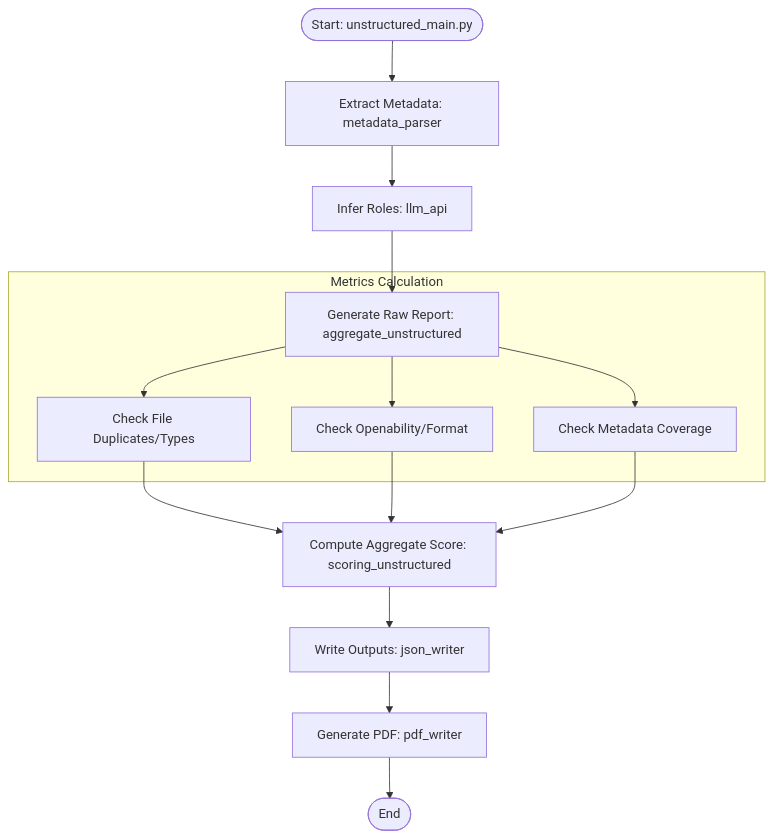
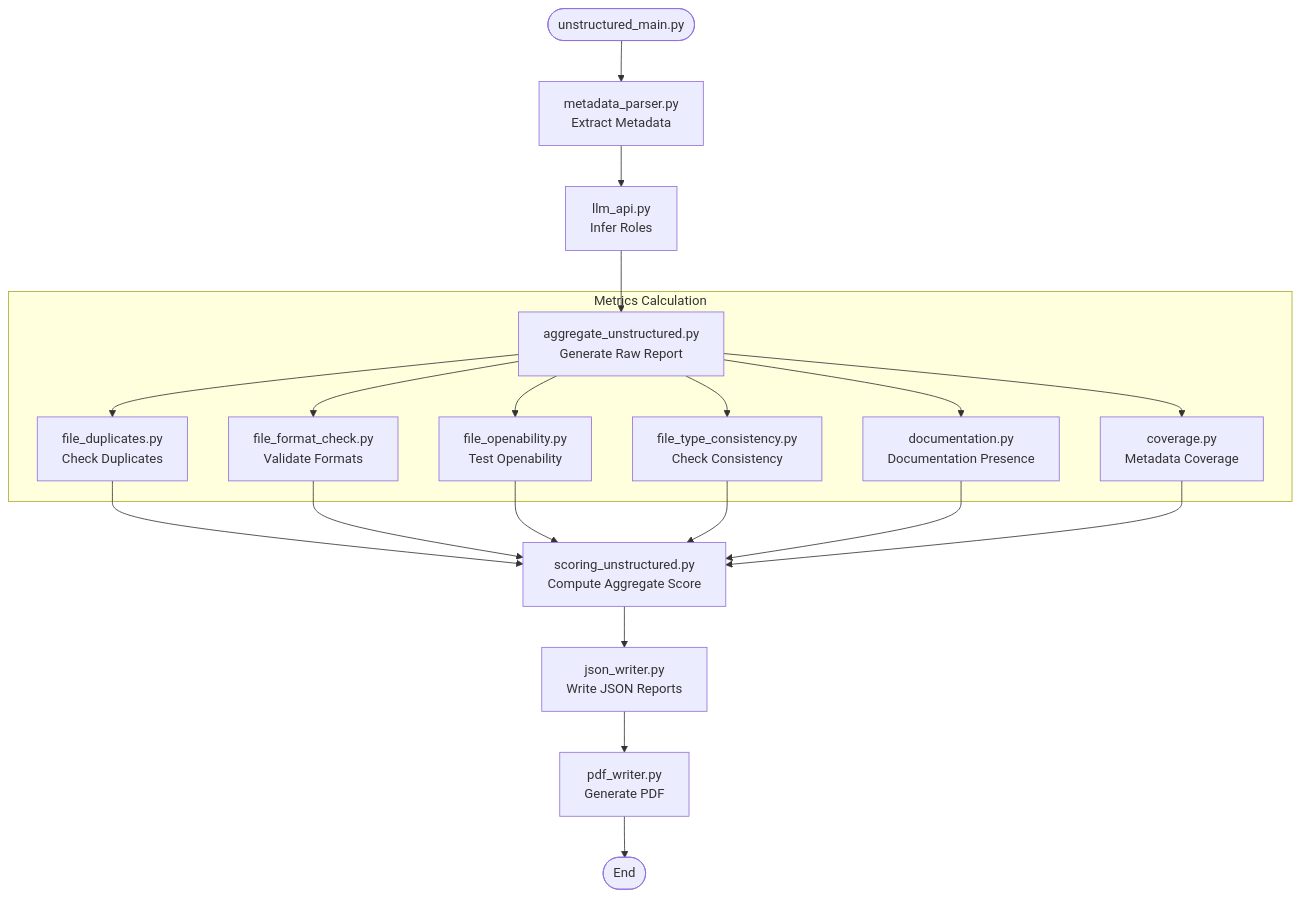
One commit to datakaveri/files-connect-api changed the fourth of 4 diagrams in workers/report-worker/data_flow.md. Above: the diagram before and after it, drawn with Mermaid. The commit also changed other lines of this file and 5 other files, not shown here.

Commit message:
Updated documentation for report worker service

````diff
--- a/workers/report-worker/data_flow.md
+++ b/workers/report-worker/data_flow.md
@@ -65,20 +103,26 @@
 ```mermaid
 graph TD
-    Start([Start: unstructured_main.py]) --> Meta[Extract Metadata: metadata_parser]
-    Meta --> Infer[Infer Roles: llm_api]
-    Infer --> Raw[Generate Raw Report: aggregate_unstructured]
+    Start([unstructured_main.py]) --> Meta[metadata_parser.py<br/>Extract Metadata]
+    Meta --> Infer[llm_api.py<br/>Infer Roles]
+    Infer --> Raw[aggregate_unstructured.py<br/>Generate Raw Report]
 
     subgraph Metrics Calculation
-        Raw --> M1[Check File Duplicates/Types]
-        Raw --> M2[Check Openability/Format]
-        Raw --> M3[Check Metadata Coverage]
+        Raw --> M1[file_duplicates.py<br/>Check Duplicates]
+        Raw --> M2[file_format_check.py<br/>Validate Formats]
+        Raw --> M3[file_openability.py<br/>Test Openability]
+        Raw --> M4[file_type_consistency.py<br/>Check Consistency]
+        Raw --> M5[documentation.py<br/>Documentation Presence]
+        Raw --> M6[coverage.py<br/>Metadata Coverage]
     end
 
-    M1 --> Score[Compute Aggregate Score: scoring_unstructured]
+    M1 --> Score[scoring_unstructured.py<br/>Compute Aggregate Score]
     M2 --> Score
     M3 --> Score
+    M4 --> Score
+    M5 --> Score
+    M6 --> Score
 
-    Score --> Write[Write Outputs: json_writer]
-    Write --> PDF[Generate PDF: pdf_writer]
+    Score --> Write[json_writer.py<br/>Write JSON Reports]
+    Write --> PDF[pdf_writer.py<br/>Generate PDF]
     PDF --> End([End])
 ```
````
